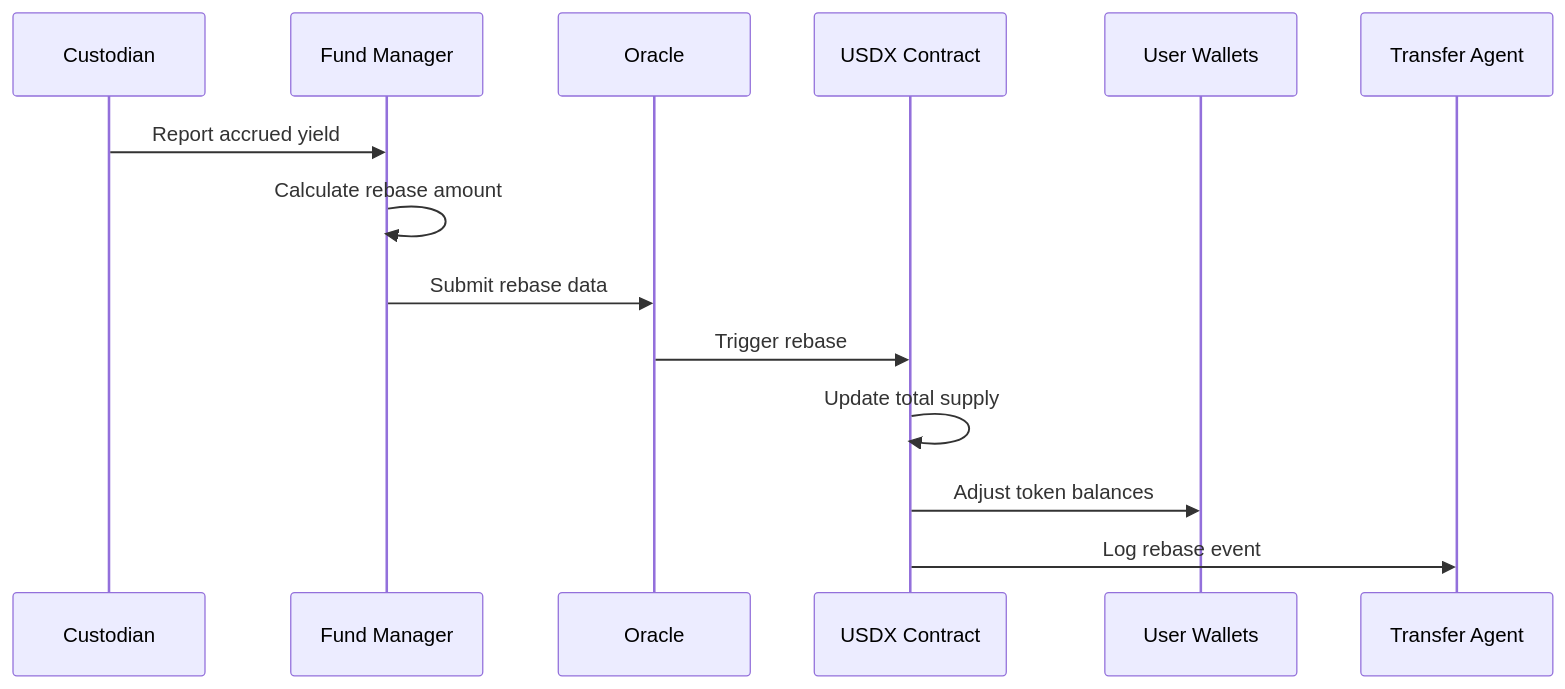
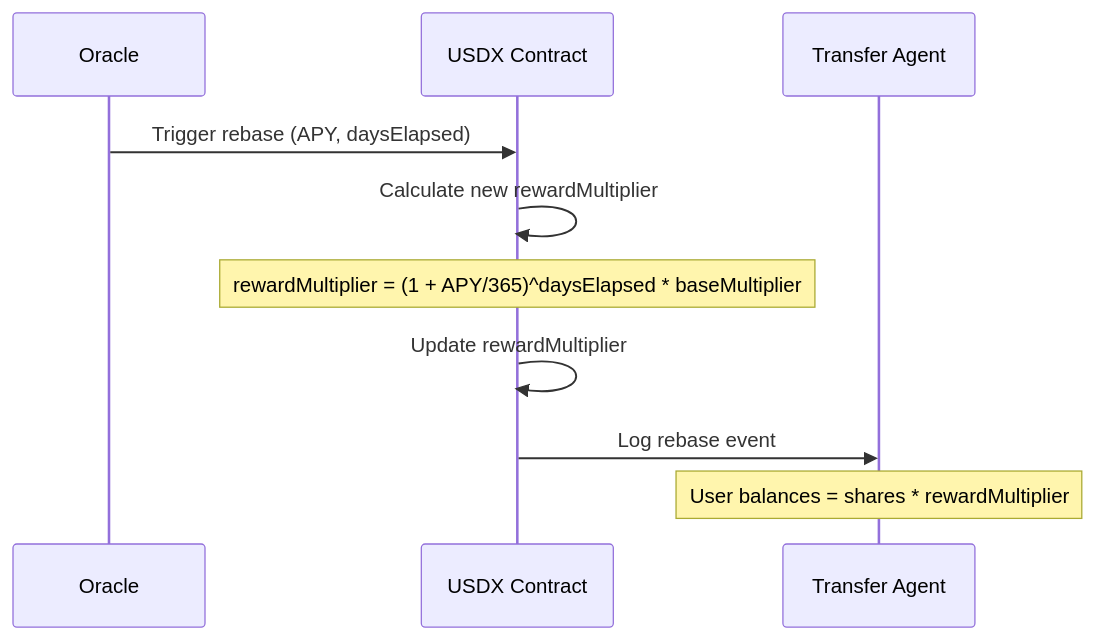
Before and after one commit to X-Financial-Technologies/monorepo: the diagram in usdx/docs/sequences/v2/rebase.mermaid, drawn with Mermaid.

```diff
--- a/usdx/docs/sequences/v2/rebase.mermaid
+++ b/usdx/docs/sequences/v2/rebase.mermaid
@@ -1,8 +1,7 @@
 sequenceDiagram
-    Custodian->>Fund Manager: Report accrued yield
-    Fund Manager->>Fund Manager: Calculate rebase amount
-    Fund Manager->>Oracle: Submit rebase data
-    Oracle->>USDX Contract: Trigger rebase
-    USDX Contract->>USDX Contract: Update total supply
-    USDX Contract->>User Wallets: Adjust token balances
+    Oracle->>USDX Contract: Trigger rebase (APY, daysElapsed)
+    USDX Contract->>USDX Contract: Calculate new rewardMultiplier
+    Note over USDX Contract: rewardMultiplier = (1 + APY/365)^daysElapsed * baseMultiplier
+    USDX Contract->>USDX Contract: Update rewardMultiplier
     USDX Contract->>Transfer Agent: Log rebase event
+    Note over Transfer Agent: User balances = shares * rewardMultiplier
```
